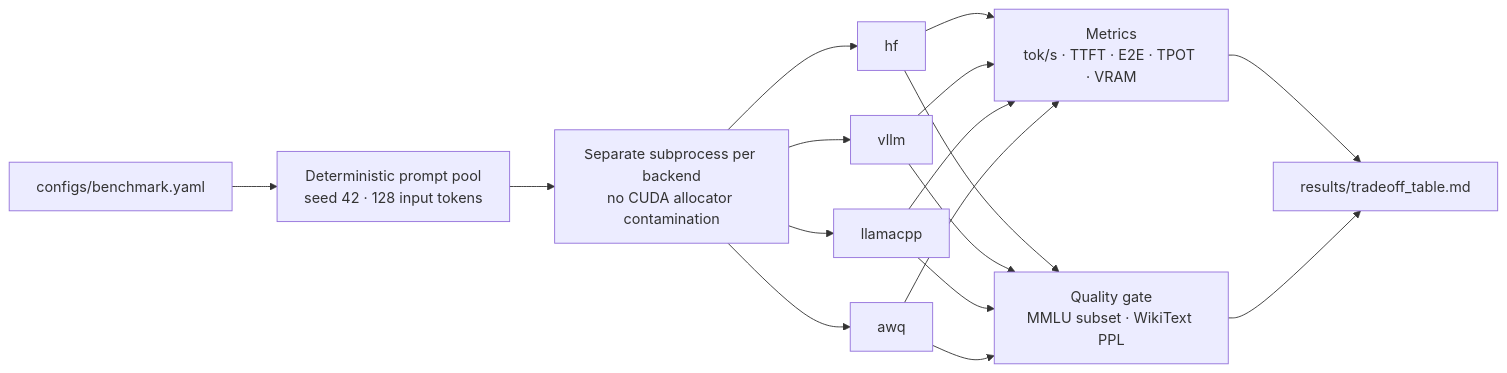
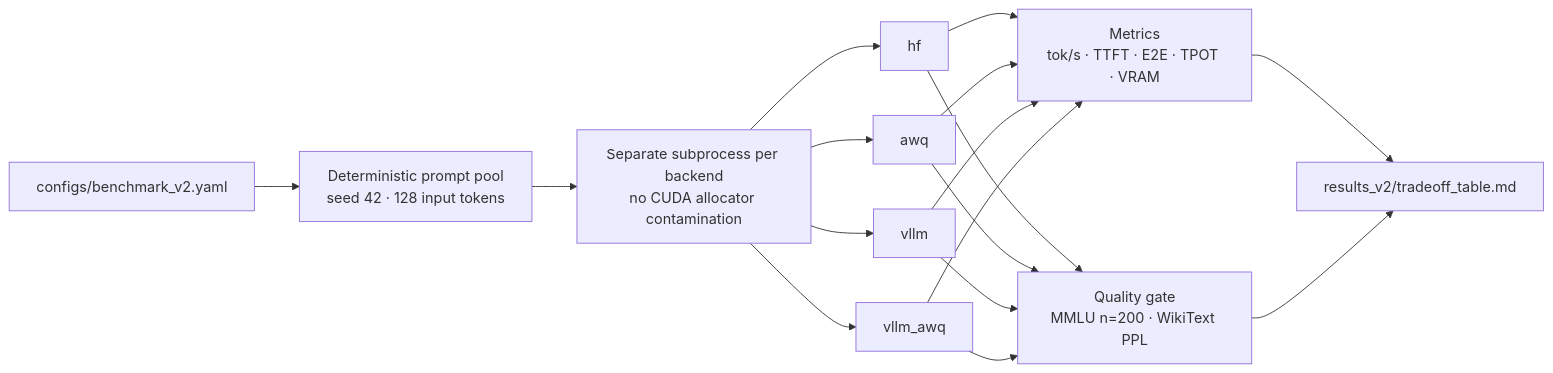
The third of 3 diagrams in README.md (Ishan-5/LLM-inference-and-quantization-benchmark), drawn with Mermaid before and after one commit. The commit also changed other lines of this file, not shown here.

````diff
--- a/README.md
+++ b/README.md
@@ -79,19 +80,19 @@
 ```mermaid
 flowchart LR
-    C["configs/benchmark.yaml"] --> P["Deterministic prompt pool<br/>seed 42 · 128 input tokens"]
+    C["configs/benchmark_v2.yaml"] --> P["Deterministic prompt pool<br/>seed 42 · 128 input tokens"]
     P --> S["Separate subprocess per backend<br/>no CUDA allocator contamination"]
     S --> B1["hf"]
-    S --> B2["vllm"]
-    S --> B3["llamacpp"]
-    S --> B4["awq"]
+    S --> B2["awq"]
+    S --> B3["vllm"]
+    S --> B4["vllm_awq"]
     B1 --> M["Metrics<br/>tok/s · TTFT · E2E · TPOT · VRAM"]
     B2 --> M
     B3 --> M
     B4 --> M
-    B1 --> Q["Quality gate<br/>MMLU subset · WikiText PPL"]
+    B1 --> Q["Quality gate<br/>MMLU n=200 · WikiText PPL"]
     B2 --> Q
     B3 --> Q
     B4 --> Q
-    M --> R["results/tradeoff_table.md"]
+    M --> R["results_v2/tradeoff_table.md"]
     Q --> R
 ```
````
